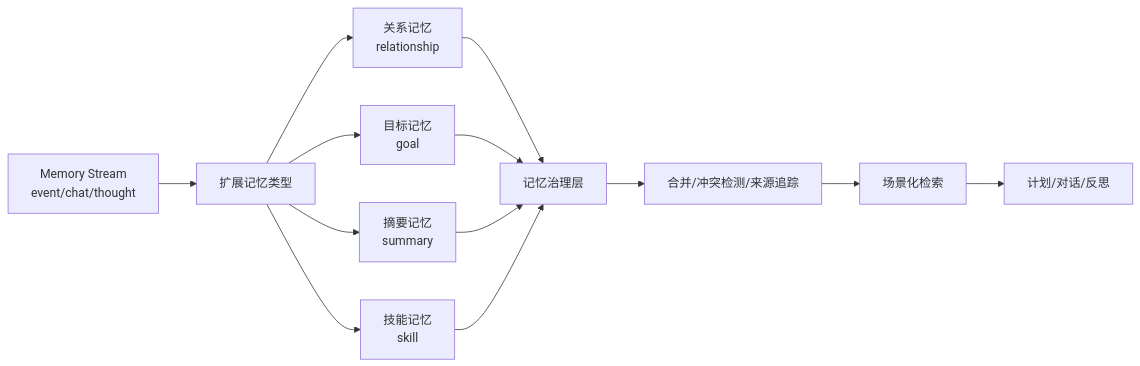
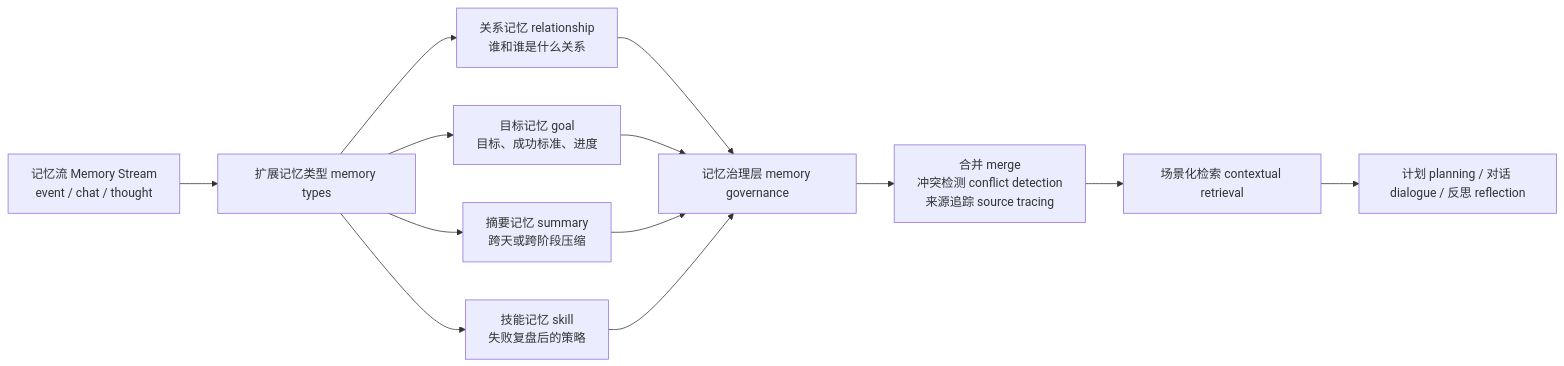
One commit to tbkken/GenerativeAgentsCN changed the first of 2 diagrams in docs/book/manuscript/part_05/chapter_32.md. Above: the diagram before and after it, drawn with Mermaid. The commit also changed other lines of this file and 18 other files, not shown here.

````diff
--- a/docs/book/manuscript/part_05/chapter_32.md
+++ b/docs/book/manuscript/part_05/chapter_32.md
@@ -23,15 +28,15 @@
 ```mermaid
 flowchart LR
-    MS[Memory Stream<br/>event/chat/thought] --> MT[扩展记忆类型]
-    MT --> RG[关系记忆<br/>relationship]
-    MT --> GO[目标记忆<br/>goal]
-    MT --> SM[摘要记忆<br/>summary]
-    MT --> SK[技能记忆<br/>skill]
-    RG --> GOV[记忆治理层]
+    MS["记忆流 Memory Stream<br/>event / chat / thought"] --> MT["扩展记忆类型 memory types"]
+    MT --> RG["关系记忆 relationship<br/>谁和谁是什么关系"]
+    MT --> GO["目标记忆 goal<br/>目标、成功标准、进度"]
+    MT --> SM["摘要记忆 summary<br/>跨天或跨阶段压缩"]
+    MT --> SK["技能记忆 skill<br/>失败复盘后的策略"]
+    RG --> GOV["记忆治理层 memory governance"]
     GO --> GOV
     SM --> GOV
     SK --> GOV
-    GOV --> C[合并/冲突检测/来源追踪]
-    C --> RET[场景化检索]
-    RET --> ACT[计划/对话/反思]
+    GOV --> C["合并 merge<br/>冲突检测 conflict detection<br/>来源追踪 source tracing"]
+    C --> RET["场景化检索 contextual retrieval"]
+    RET --> ACT["计划 planning / 对话 dialogue / 反思 reflection"]
 ```
````
